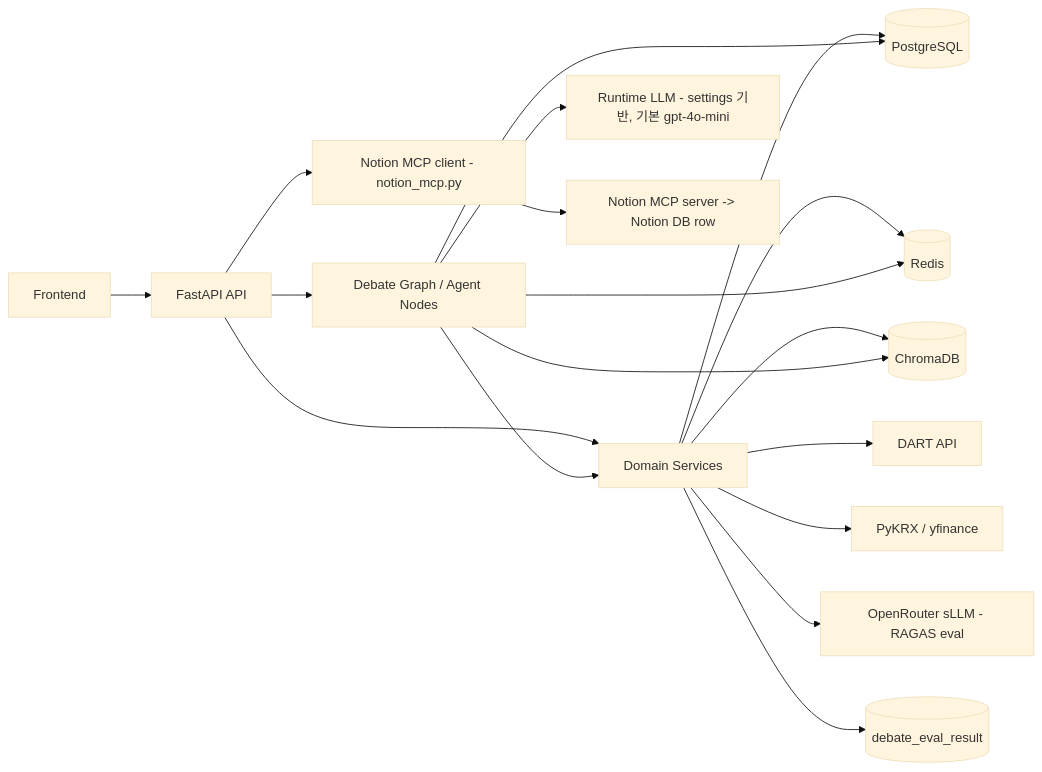
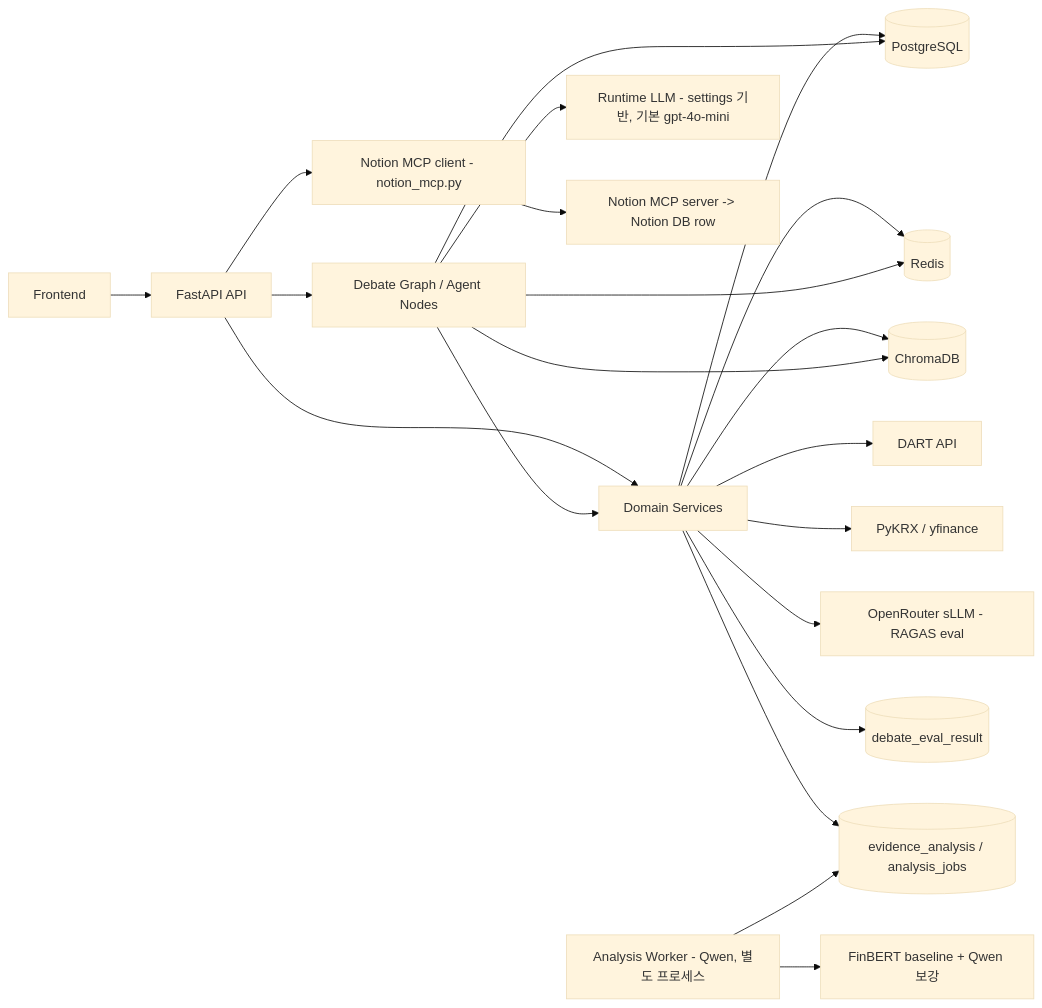
The diagram in memo/design/component-design.md (TickerTaka/TickerTaka-backend), drawn with Mermaid (base theme) before and after one commit. The commit also changed other lines of this file and 5 other files, not shown here.

First line of the commit message:
docs: 감성분석(evidence_analysis/analysis_jobs) 머지 반영 — 5대 설계문서 + README

````diff
--- a/memo/design/component-design.md
+++ b/memo/design/component-design.md
@@ -152,22 +168,25 @@
 ```mermaid
 flowchart LR
     FE[Frontend] --> API[FastAPI API]
     API --> DOMAIN[Domain Services]
     API --> AGENT[Debate Graph / Agent Nodes]
 
     DOMAIN --> PG[(PostgreSQL)]
     DOMAIN --> REDIS[(Redis)]
     DOMAIN --> CHROMA[(ChromaDB)]
     DOMAIN --> DART[DART API]
     DOMAIN --> KRX[PyKRX / yfinance]
 
     AGENT --> DOMAIN
     AGENT --> LLM[Runtime LLM - settings 기반, 기본 gpt-4o-mini]
     AGENT --> PG
     AGENT --> REDIS
     AGENT --> CHROMA
     DOMAIN --> EVALLLM[OpenRouter sLLM - RAGAS eval]
     DOMAIN --> EVALDB[(debate_eval_result)]
     API --> NOTIONMCP[Notion MCP client - notion_mcp.py]
     NOTIONMCP --> NOTION[Notion MCP server -> Notion DB row]
+    DOMAIN --> ANALYSISDB[(evidence_analysis / analysis_jobs)]
+    WORKER[Analysis Worker - Qwen, 별도 프로세스] --> ANALYSISDB
+    WORKER --> SLLM[FinBERT baseline + Qwen 보강]
 ```
````
